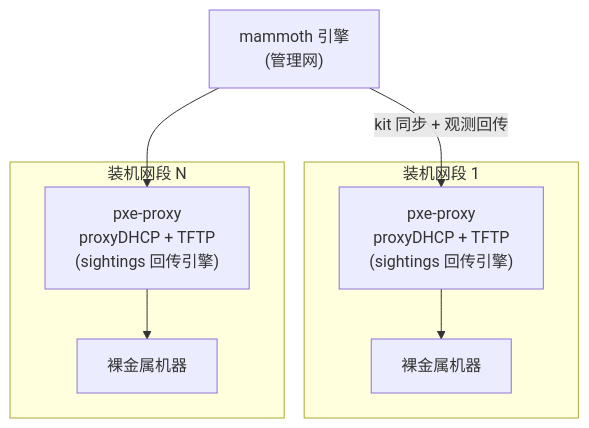
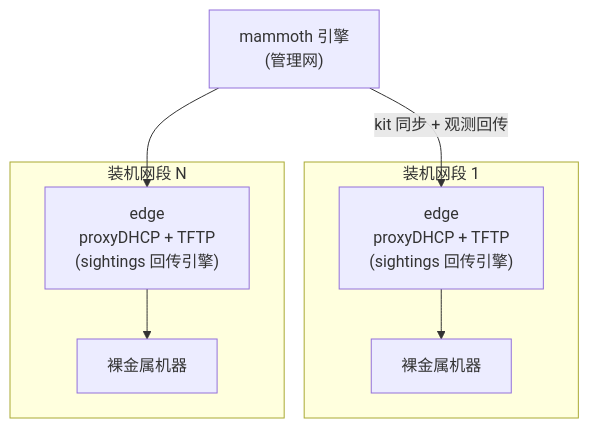
One commit to 3th1nk/mammoth changed the third of 3 diagrams in README.zh-CN.md. Above: the diagram before and after it, drawn with Mermaid. The commit also changed other lines of this file and 4 other files, not shown here.

First line of the commit message:
refactor(config): MAMMOTH_PXE_PROXY_PORT → MAMMOTH_PXE_BOOTSRV_PORT——内置 proxyDHCP 端口配置脱 proxy 字样(edge 改名收尾)

````diff
--- a/README.zh-CN.md
+++ b/README.zh-CN.md
@@ -168,16 +168,16 @@
 ```mermaid
 flowchart TD
     eng["mammoth 引擎<br/>(管理网)"]
     subgraph V1["装机网段 1"]
-        a1["pxe-proxy<br/>proxyDHCP + TFTP<br/>(sightings 回传引擎)"]
+        a1["edge<br/>proxyDHCP + TFTP<br/>(sightings 回传引擎)"]
         m1["裸金属机器"]
     end
     subgraph VN["装机网段 N"]
-        aN["pxe-proxy<br/>proxyDHCP + TFTP<br/>(sightings 回传引擎)"]
+        aN["edge<br/>proxyDHCP + TFTP<br/>(sightings 回传引擎)"]
         mN["裸金属机器"]
     end
     eng -->|kit 同步 + 观测回传| a1
     eng --> aN
     a1 --> m1
     aN --> mN
 ```
````
